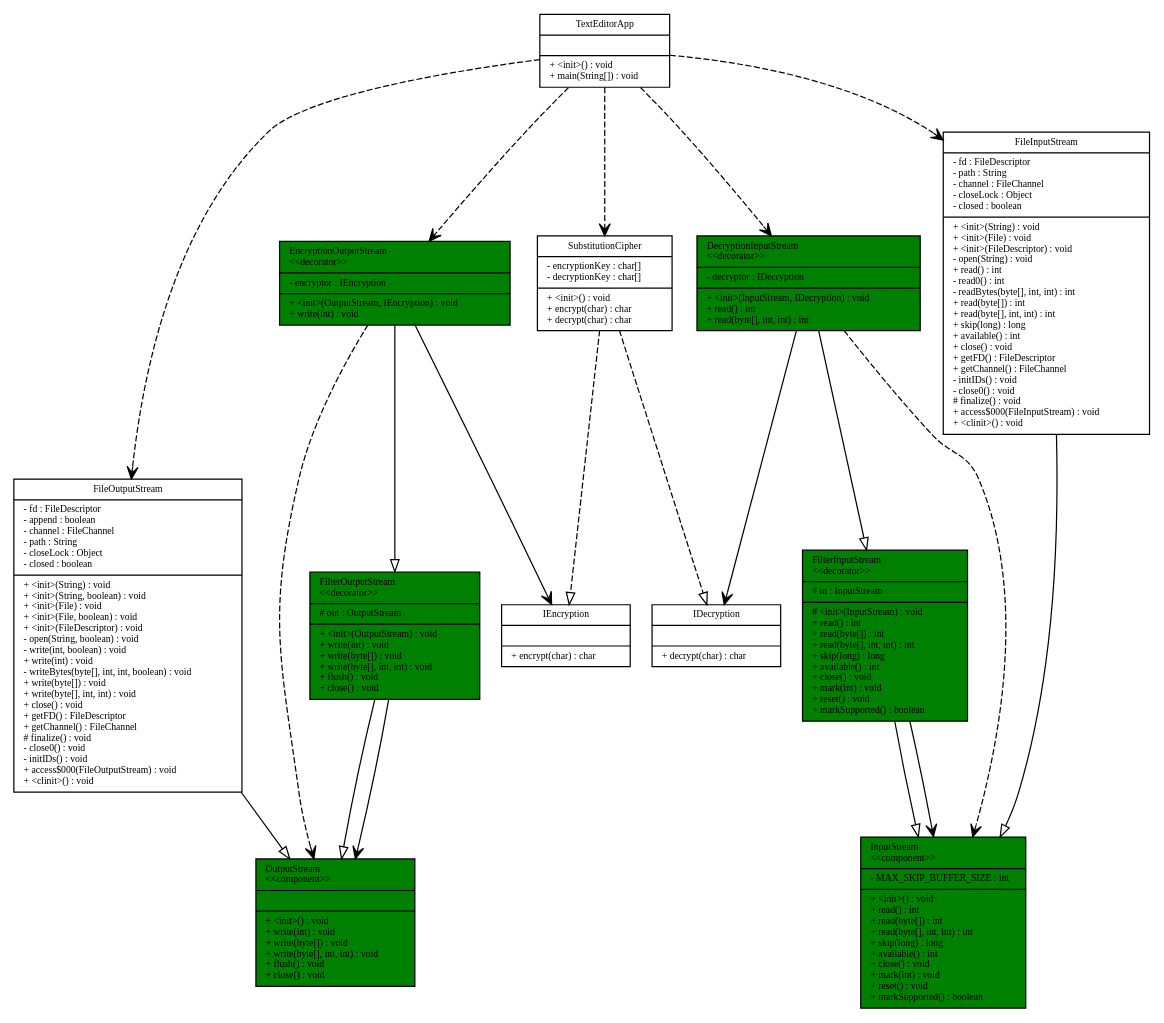
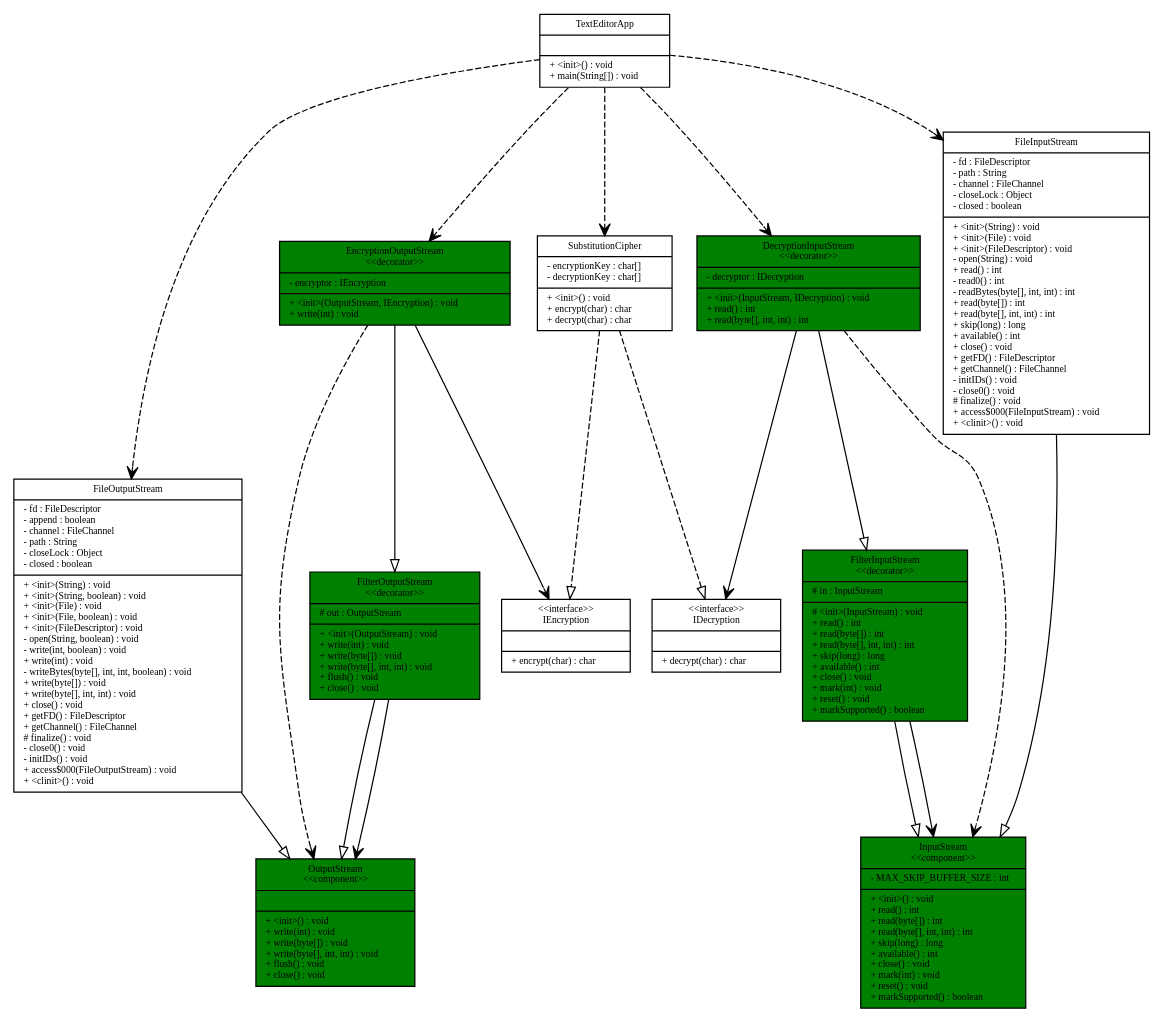
One commit to LoganErexson/CSSE374TeamProject changed the diagram in input_output/Diagram.gv. Above: the diagram before and after it, drawn with Graphviz. The commit also changed 4 other files, not shown here.

```diff
--- a/input_output/Diagram.gv
+++ b/input_output/Diagram.gv
@@ -1,103 +1,103 @@
 digraph G {
 fontname = " Bitstream Vera San"
 fontsize =8
 node [
 style=filled
 fillcolor=white
 fontname = "Bitstream Vera Sans"
 fontsize =8
 shape = "record"]
 edge [
 fontname = "Bitstream Vera Sans"
 fontsize =8
 ]
 DecryptionInputStream [
 fillcolor = green
 label = "{DecryptionInputStream
-\l\<\<decorator\>\>\l|- decryptor : IDecryption\l|+ \<init\>(InputStream, IDecryption) : void\l+ read() : int\l+ read(byte[], int, int) : int\l}"
+\n\<\<decorator\>\>\n|- decryptor : IDecryption\l|+ \<init\>(InputStream, IDecryption) : void\l+ read() : int\l+ read(byte[], int, int) : int\l}"
 ]
 EncryptionOutputStream [
 fillcolor = green
 label = "{EncryptionOutputStream
-\l\<\<decorator\>\>\l|- encryptor : IEncryption\l|+ \<init\>(OutputStream, IEncryption) : void\l+ write(int) : void\l}"
+\n\<\<decorator\>\>\n|- encryptor : IEncryption\l|+ \<init\>(OutputStream, IEncryption) : void\l+ write(int) : void\l}"
 ]
 IDecryption [
-label = "{IDecryption
+label = "{\<\<interface\>\>\nIDecryption
 ||+ decrypt(char) : char\l}"
 ]
 IEncryption [
-label = "{IEncryption
+label = "{\<\<interface\>\>\nIEncryption
 ||+ encrypt(char) : char\l}"
 ]
 SubstitutionCipher [
 label = "{SubstitutionCipher
 |- encryptionKey : char[]\l- decryptionKey : char[]\l|+ \<init\>() : void\l+ encrypt(char) : char\l+ decrypt(char) : char\l}"
 ]
 TextEditorApp [
 label = "{TextEditorApp
 ||+ \<init\>() : void\l+ main(String[]) : void\l}"
 ]
 FilterInputStream [
 fillcolor = green
 label = "{FilterInputStream
-\l\<\<decorator\>\>\l|# in : InputStream\l|# \<init\>(InputStream) : void\l+ read() : int\l+ read(byte[]) : int\l+ read(byte[], int, int) : int\l+ skip(long) : long\l+ available() : int\l+ close() : void\l+ mark(int) : void\l+ reset() : void\l+ markSupported() : boolean\l}"
+\n\<\<decorator\>\>\n|# in : InputStream\l|# \<init\>(InputStream) : void\l+ read() : int\l+ read(byte[]) : int\l+ read(byte[], int, int) : int\l+ skip(long) : long\l+ available() : int\l+ close() : void\l+ mark(int) : void\l+ reset() : void\l+ markSupported() : boolean\l}"
 ]
 FilterOutputStream [
 fillcolor = green
 label = "{FilterOutputStream
-\l\<\<decorator\>\>\l|# out : OutputStream\l|+ \<init\>(OutputStream) : void\l+ write(int) : void\l+ write(byte[]) : void\l+ write(byte[], int, int) : void\l+ flush() : void\l+ close() : void\l}"
+\n\<\<decorator\>\>\n|# out : OutputStream\l|+ \<init\>(OutputStream) : void\l+ write(int) : void\l+ write(byte[]) : void\l+ write(byte[], int, int) : void\l+ flush() : void\l+ close() : void\l}"
 ]
 FileInputStream [
 label = "{FileInputStream
 |- fd : FileDescriptor\l- path : String\l- channel : FileChannel\l- closeLock : Object\l- closed : boolean\l|+ \<init\>(String) : void\l+ \<init\>(File) : void\l+ \<init\>(FileDescriptor) : void\l- open(String) : void\l+ read() : int\l- read0() : int\l- readBytes(byte[], int, int) : int\l+ read(byte[]) : int\l+ read(byte[], int, int) : int\l+ skip(long) : long\l+ available() : int\l+ close() : void\l+ getFD() : FileDescriptor\l+ getChannel() : FileChannel\l- initIDs() : void\l- close0() : void\l# finalize() : void\l+ access$000(FileInputStream) : void\l+ \<clinit\>() : void\l}"
 ]
 FileOutputStream [
 label = "{FileOutputStream
 |- fd : FileDescriptor\l- append : boolean\l- channel : FileChannel\l- path : String\l- closeLock : Object\l- closed : boolean\l|+ \<init\>(String) : void\l+ \<init\>(String, boolean) : void\l+ \<init\>(File) : void\l+ \<init\>(File, boolean) : void\l+ \<init\>(FileDescriptor) : void\l- open(String, boolean) : void\l- write(int, boolean) : void\l+ write(int) : void\l- writeBytes(byte[], int, int, boolean) : void\l+ write(byte[]) : void\l+ write(byte[], int, int) : void\l+ close() : void\l+ getFD() : FileDescriptor\l+ getChannel() : FileChannel\l# finalize() : void\l- close0() : void\l- initIDs() : void\l+ access$000(FileOutputStream) : void\l+ \<clinit\>() : void\l}"
 ]
 InputStream [
 fillcolor = green
 label = "{InputStream
-\l\<\<component\>\>\l|- MAX_SKIP_BUFFER_SIZE : int\l|+ \<init\>() : void\l+ read() : int\l+ read(byte[]) : int\l+ read(byte[], int, int) : int\l+ skip(long) : long\l+ available() : int\l+ close() : void\l+ mark(int) : void\l+ reset() : void\l+ markSupported() : boolean\l}"
+\n\<\<component\>\>\n|- MAX_SKIP_BUFFER_SIZE : int\l|+ \<init\>() : void\l+ read() : int\l+ read(byte[]) : int\l+ read(byte[], int, int) : int\l+ skip(long) : long\l+ available() : int\l+ close() : void\l+ mark(int) : void\l+ reset() : void\l+ markSupported() : boolean\l}"
 ]
 OutputStream [
 fillcolor = green
 label = "{OutputStream
-\l\<\<component\>\>\l||+ \<init\>() : void\l+ write(int) : void\l+ write(byte[]) : void\l+ write(byte[], int, int) : void\l+ flush() : void\l+ close() : void\l}"
+\n\<\<component\>\>\n||+ \<init\>() : void\l+ write(int) : void\l+ write(byte[]) : void\l+ write(byte[], int, int) : void\l+ flush() : void\l+ close() : void\l}"
 ]
 edge [
 arrowhead = "empty"
 style = "solid"
 ]
 FilterInputStream -> InputStream
 EncryptionOutputStream -> FilterOutputStream
 FileOutputStream -> OutputStream
 DecryptionInputStream -> FilterInputStream
 FilterOutputStream -> OutputStream
 FileInputStream -> InputStream
 edge [
 arrowhead = "vee"
 style = "solid"
 ]
 FilterInputStream -> InputStream
 EncryptionOutputStream -> IEncryption
 DecryptionInputStream -> IDecryption
 FilterOutputStream -> OutputStream
 edge [
 arrowhead = "empty"
 style = "dashed"
 ]
 SubstitutionCipher -> IEncryption
 SubstitutionCipher -> IDecryption
 edge [
 arrowhead = "vee"
 style = "dashed"
 ]
 EncryptionOutputStream -> OutputStream
 DecryptionInputStream -> InputStream
 TextEditorApp -> SubstitutionCipher
 TextEditorApp -> DecryptionInputStream
 TextEditorApp -> FileInputStream
 TextEditorApp -> EncryptionOutputStream
 TextEditorApp -> FileOutputStream
 }
```
